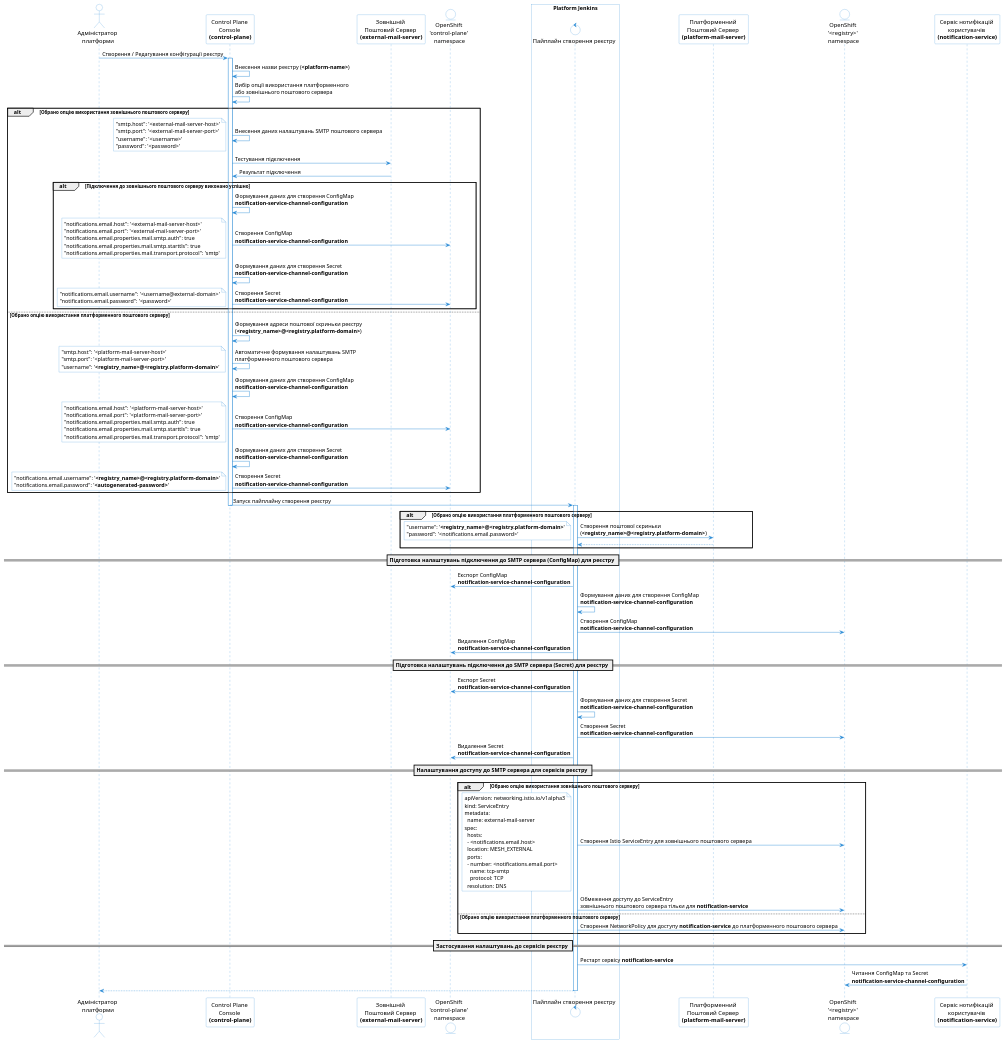
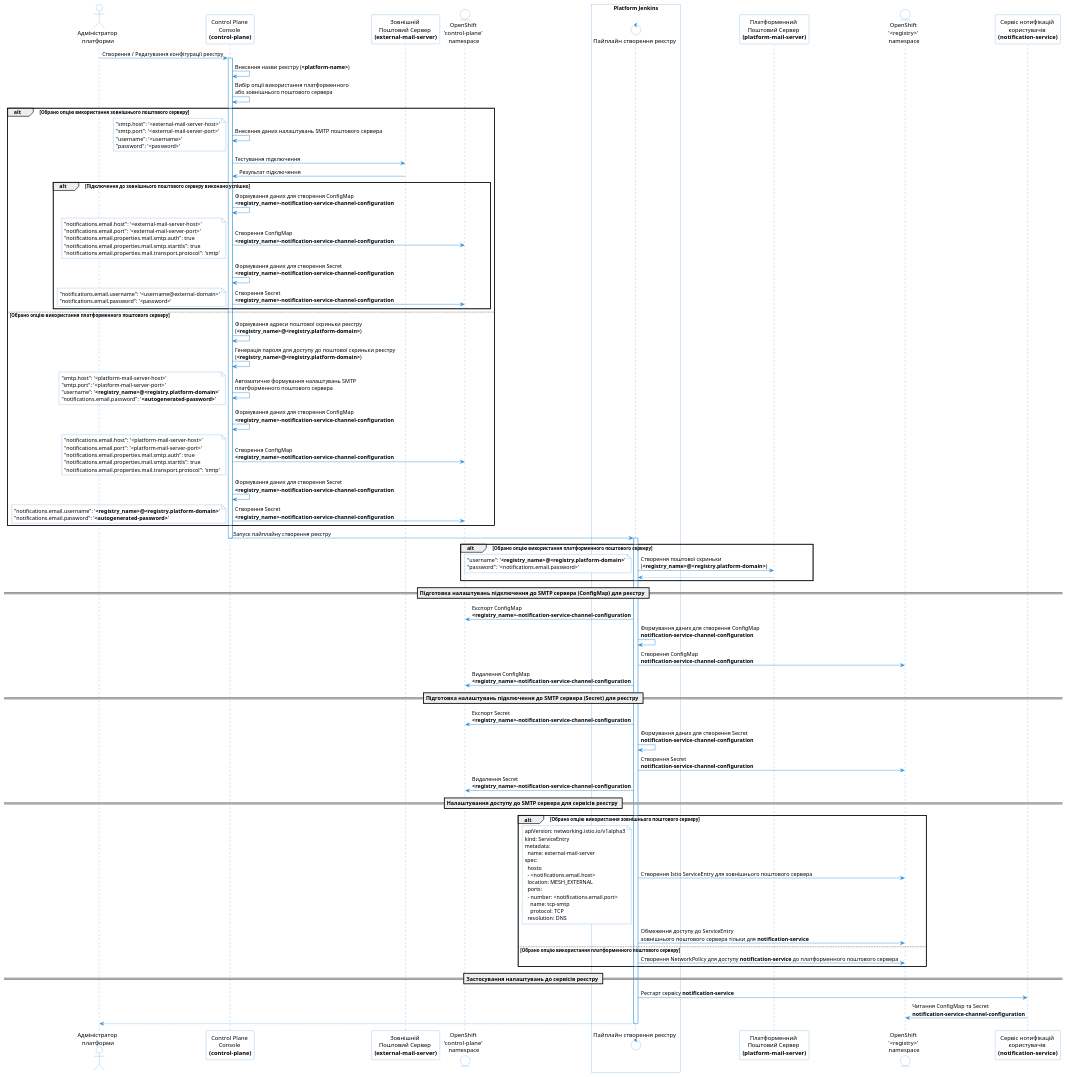
The diagram in modules/tech/partials/lowcode/notifications/channel-configuration-flow.puml (epam/edp-ddm-architecture), drawn with PlantUML before and after one commit. The commit also changed 4 other files, not shown here.

```diff
--- a/modules/tech/partials/lowcode/notifications/channel-configuration-flow.puml
+++ b/modules/tech/partials/lowcode/notifications/channel-configuration-flow.puml
@@ -1,160 +1,162 @@
 @startuml
 skinparam shadowing false
 skinparam DatabaseBackgroundColor white
 skinparam DatabaseBorderColor #2688d4
 skinparam QueueBackgroundColor white
 skinparam QueueBorderColor #2688d4
 skinparam NoteBackgroundColor white
 skinparam NoteBorderColor #2688d4
 skinparam EntityBackgroundColor white
 skinparam EntityBorderColor #2688d4
 skinparam ControlBackgroundColor white
 skinparam ControlBorderColor #2688d4
 skinparam ActorBackgroundColor white
 
 skinparam sequence {
     ArrowColor #2688d4
     ActorBorderColor #2688d4
     LifeLineBorderColor #2688d4
     ParticipantBorderColor #2688d4
     ParticipantBackgroundColor white
     BoxBorderColor #2688d4
     BoxBackgroundColor white
 }
 
 actor "Адміністратор \nплатформи" as platform_admin
 participant "Control Plane \nConsole \n**(control-plane)**" as control_plane
 
 participant "Зовнішній \nПоштовий Сервер \n**(external-mail-server)**" as external_mail_server
 
 entity "OpenShift \n'control-plane' \nnamespace" as openshift_control_plane_namespace
 
 box Platform Jenkins
   control "Пайплайн створення реєстру" as registry_creation_pipeline
 end box
 
 participant "Платформенний \nПоштовий Сервер \n**(platform-mail-server)**" as platform_mail_server
 
 entity "OpenShift \n'<registry>' \nnamespace" as openshift_registry_namespace
 participant "Сервіс нотифікацій \nкористувачів \n**(notification-service)**" as notification_service
 
 platform_admin -> control_plane: Створення / Редагування конфігурації реєстру
 activate control_plane
 control_plane -> control_plane: Внесення назви реєстру (**<platform-name>**)
 control_plane -> control_plane: Вибір опції використання платформенного \nабо зовнішнього поштового сервера
 
 alt Обрано опцію використання зовнішнього поштового серверу
   control_plane -> control_plane: Внесення даних налаштувань SMTP поштового сервера
   note left
     "smtp.host": '<external-mail-server-host>'
     "smtp.port": '<external-mail-server-port>'
     "username": '<username>'
     "password": '<password>'
   end note
 
   control_plane -> external_mail_server: Тестування підключення
   external_mail_server -> control_plane: Результат підключення
 
   alt Підключення до зовнішнього поштового серверу виконано успішно
-  control_plane -> control_plane: Формування даних для створення ConfigMap\n**notification-service-channel-configuration**
-  control_plane -> openshift_control_plane_namespace: Створення ConfigMap\n**notification-service-channel-configuration**
+  control_plane -> control_plane: Формування даних для створення ConfigMap\n**<registry_name>-notification-service-channel-configuration**
+  control_plane -> openshift_control_plane_namespace: Створення ConfigMap\n**<registry_name>-notification-service-channel-configuration**
   note left
     "notifications.email.host": '<external-mail-server-host>'
     "notifications.email.port": '<external-mail-server-port>'
     "notifications.email.properties.mail.smtp.auth": true
     "notifications.email.properties.mail.smtp.starttls": true
     "notifications.email.properties.mail.transport.protocol": 'smtp'
   end note
 
-  control_plane -> control_plane: Формування даних для створення Secret\n**notification-service-channel-configuration**
-  control_plane -> openshift_control_plane_namespace: Створення Secret\n**notification-service-channel-configuration**
+  control_plane -> control_plane: Формування даних для створення Secret\n**<registry_name>-notification-service-channel-configuration**
+  control_plane -> openshift_control_plane_namespace: Створення Secret\n**<registry_name>-notification-service-channel-configuration**
   note left
     "notifications.email.username": '<username@external-domain>'
     "notifications.email.password": '<password>'
   end note
   end
 else Обрано опцію використання платформенного поштового серверу
   control_plane -> control_plane: Формування адреси поштової скриньки реєстру \n(**<registry_name>@<registry.platform-domain>**)
+  control_plane -> control_plane: Генерація пароля для доступу до поштової скриньки реєстру \n(**<registry_name>@<registry.platform-domain>**)
 
   control_plane -> control_plane: Автоматичне формування налаштувань SMTP \nплатформенного поштового сервера
   note left
     "smtp.host": '<platform-mail-server-host>'
     "smtp.port": '<platform-mail-server-port>'
     "username": '**<registry_name>@<registry.platform-domain>**'
+    "notifications.email.password": '**<autogenerated-password>**'
   end note
 
-  control_plane -> control_plane: Формування даних для створення ConfigMap\n**notification-service-channel-configuration**
-  control_plane -> openshift_control_plane_namespace: Створення ConfigMap\n**notification-service-channel-configuration**
+  control_plane -> control_plane: Формування даних для створення ConfigMap\n**<registry_name>-notification-service-channel-configuration**
+  control_plane -> openshift_control_plane_namespace: Створення ConfigMap\n**<registry_name>-notification-service-channel-configuration**
   note left
     "notifications.email.host": '<platform-mail-server-host>'
     "notifications.email.port": '<platform-mail-server-port>'
     "notifications.email.properties.mail.smtp.auth": true
     "notifications.email.properties.mail.smtp.starttls": true
     "notifications.email.properties.mail.transport.protocol": 'smtp'
   end note
 
-  control_plane -> control_plane: Формування даних для створення Secret\n**notification-service-channel-configuration**
-  control_plane -> openshift_control_plane_namespace: Створення Secret\n**notification-service-channel-configuration**
+  control_plane -> control_plane: Формування даних для створення Secret\n**<registry_name>-notification-service-channel-configuration**
+  control_plane -> openshift_control_plane_namespace: Створення Secret\n**<registry_name>-notification-service-channel-configuration**
   note left
     "notifications.email.username": '**<registry_name>@<registry.platform-domain>**'
     "notifications.email.password": '**<autogenerated-password>**'
   end note
 end
 
 control_plane -> registry_creation_pipeline: Запуск пайплайну створення реєстру
 deactivate control_plane
 
 activate registry_creation_pipeline
 alt Обрано опцію використання платформенного поштового серверу
   registry_creation_pipeline -> platform_mail_server: Створення поштової скриньки \n(**<registry_name>@<registry.platform-domain>**)
   note left
     "username": '**<registry_name>@<registry.platform-domain>**'
     "password": '<notifications.email.password>'
   end note
   platform_mail_server --> registry_creation_pipeline
 end
 
 == Підготовка налаштувань підключення до SMTP сервера (ConfigMap) для реєстру ==
-registry_creation_pipeline -> openshift_control_plane_namespace: Експорт ConfigMap\n**notification-service-channel-configuration**
+registry_creation_pipeline -> openshift_control_plane_namespace: Експорт ConfigMap\n**<registry_name>-notification-service-channel-configuration**
 registry_creation_pipeline -> registry_creation_pipeline: Формування даних для створення ConfigMap\n**notification-service-channel-configuration**
 registry_creation_pipeline -> openshift_registry_namespace: Створення ConfigMap\n**notification-service-channel-configuration**
-registry_creation_pipeline -> openshift_control_plane_namespace: Видалення ConfigMap\n**notification-service-channel-configuration**
+registry_creation_pipeline -> openshift_control_plane_namespace: Видалення ConfigMap\n**<registry_name>-notification-service-channel-configuration**
 
 == Підготовка налаштувань підключення до SMTP сервера (Secret) для реєстру ==
-registry_creation_pipeline -> openshift_control_plane_namespace: Експорт Secret\n**notification-service-channel-configuration**
+registry_creation_pipeline -> openshift_control_plane_namespace: Експорт Secret\n**<registry_name>-notification-service-channel-configuration**
 registry_creation_pipeline -> registry_creation_pipeline: Формування даних для створення Secret\n**notification-service-channel-configuration**
 registry_creation_pipeline -> openshift_registry_namespace: Створення Secret\n**notification-service-channel-configuration**
-registry_creation_pipeline -> openshift_control_plane_namespace: Видалення Secret\n**notification-service-channel-configuration**
+registry_creation_pipeline -> openshift_control_plane_namespace: Видалення Secret\n**<registry_name>-notification-service-channel-configuration**
 
 == Налаштування доступу до SMTP сервера для сервісів реєстру ==
 
 alt Обрано опцію використання зовнішнього поштового серверу
   registry_creation_pipeline -> openshift_registry_namespace: Створення Istio ServiceEntry для зовнішнього поштового сервера
   note left
     apiVersion: networking.istio.io/v1alpha3
     kind: ServiceEntry
     metadata:
       name: external-mail-server
     spec:
       hosts:
       - <notifications.email.host>
       location: MESH_EXTERNAL
       ports:
       - number: <notifications.email.port>
         name: tcp-smtp
         protocol: TCP
       resolution: DNS
   end note
   registry_creation_pipeline -> openshift_registry_namespace: Обмеження доступу до ServiceEntry \nзовнішнього поштового сервера тільки для **notification-service**
 else Обрано опцію використання платформенного поштового серверу
   registry_creation_pipeline -> openshift_registry_namespace: Створення NetworkPolicy для доступу **notification-service** до платформенного поштового сервера
 end
 
 == Застосування налаштувань до сервісів реєстру ==
 registry_creation_pipeline -> notification_service: Рестарт сервісу **notification-service**
 notification_service -> openshift_registry_namespace: Читання ConfigMap та  Secret\n**notification-service-channel-configuration**
 registry_creation_pipeline --> platform_admin
 
 deactivate registry_creation_pipeline
 
 @enduml
```
